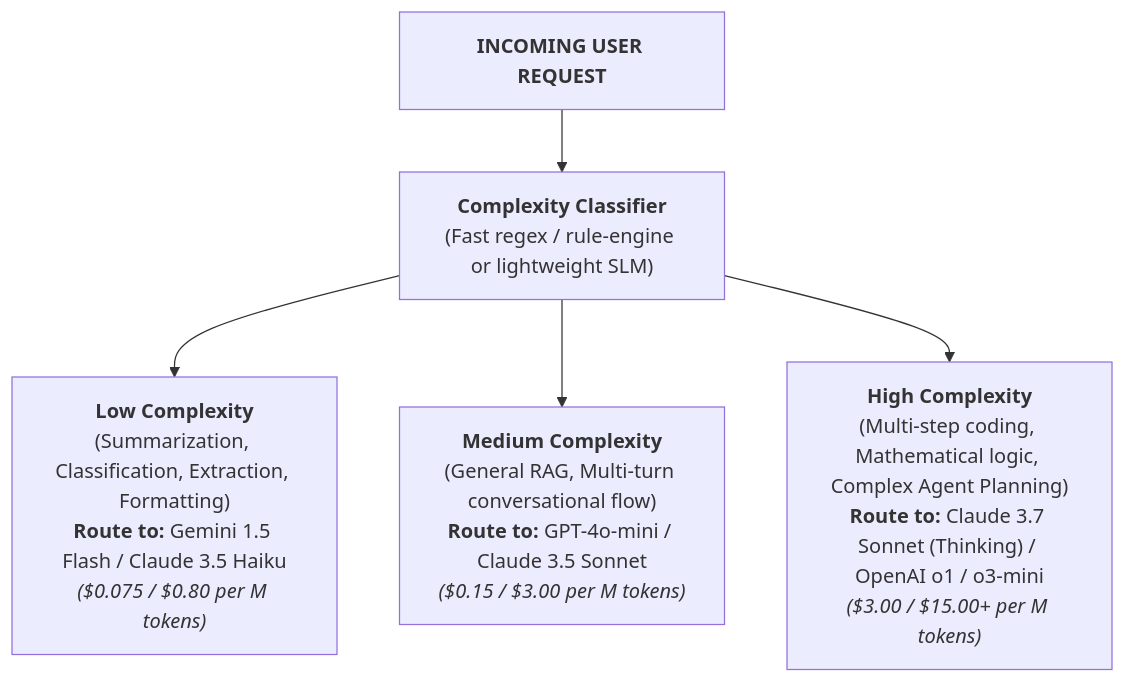
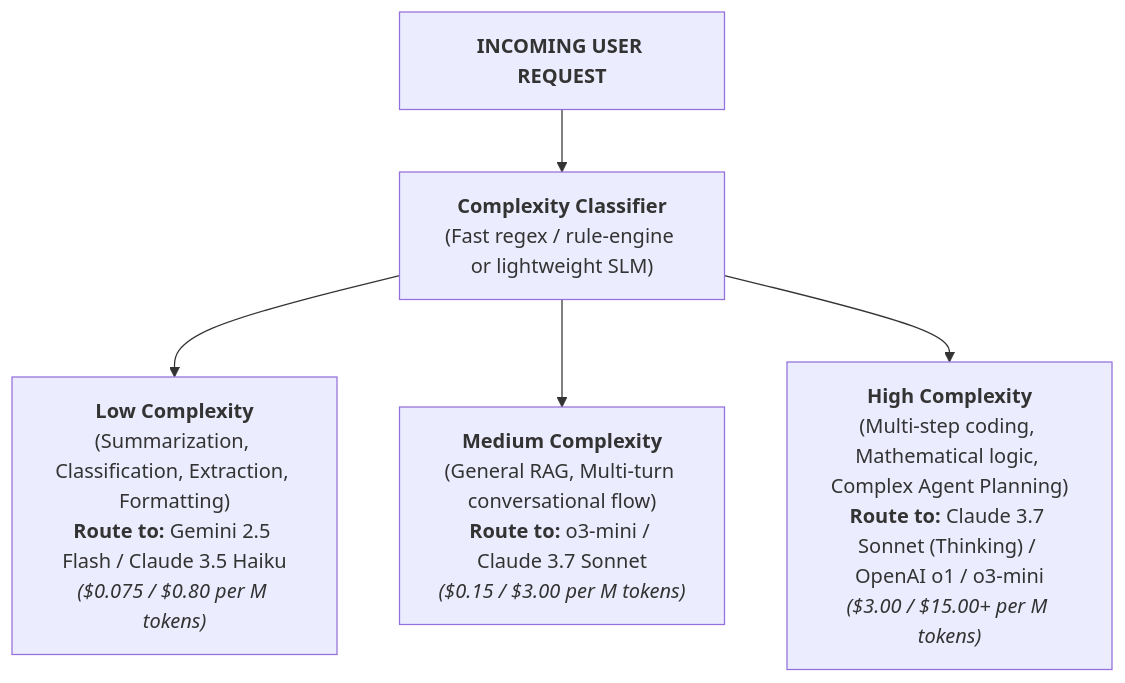
Before and after one commit to dip4k/senior-engineer-to-ai-engineer-roadmap: the ninth of 14 diagrams in 07-production-deployment-and-llmops/README.md, drawn with Mermaid. The commit also changed other lines of this file and 39 other files, not shown here.

First line of the commit message:
Enhance use case documentation for Enterprise AI, including new architectural standards and resilience implementations

````diff
--- a/07-production-deployment-and-llmops/README.md
+++ b/07-production-deployment-and-llmops/README.md
@@ -487,14 +725,14 @@
 ```mermaid
 flowchart TD
     Req["<b>INCOMING USER REQUEST</b>"]
     Classifier["<b>Complexity Classifier</b><br/>(Fast regex / rule-engine or lightweight SLM)"]
     
-    Low["<b>Low Complexity</b><br/>(Summarization, Classification, Extraction, Formatting)<br/><b>Route to:</b> Gemini 1.5 Flash / Claude 3.5 Haiku<br/><i>($0.075 / $0.80 per M tokens)</i>"]
-    Med["<b>Medium Complexity</b><br/>(General RAG, Multi-turn conversational flow)<br/><b>Route to:</b> GPT-4o-mini / Claude 3.5 Sonnet<br/><i>($0.15 / $3.00 per M tokens)</i>"]
+    Low["<b>Low Complexity</b><br/>(Summarization, Classification, Extraction, Formatting)<br/><b>Route to:</b> Gemini 2.5 Flash / Claude 3.5 Haiku<br/><i>($0.075 / $0.80 per M tokens)</i>"]
+    Med["<b>Medium Complexity</b><br/>(General RAG, Multi-turn conversational flow)<br/><b>Route to:</b> o3-mini / Claude 3.7 Sonnet<br/><i>($0.15 / $3.00 per M tokens)</i>"]
     High["<b>High Complexity</b><br/>(Multi-step coding, Mathematical logic, Complex Agent Planning)<br/><b>Route to:</b> Claude 3.7 Sonnet (Thinking) / OpenAI o1 / o3-mini<br/><i>($3.00 / $15.00+ per M tokens)</i>"]
 
     Req --> Classifier
     Classifier --> Low
     Classifier --> Med
     Classifier --> High
 ```
````
